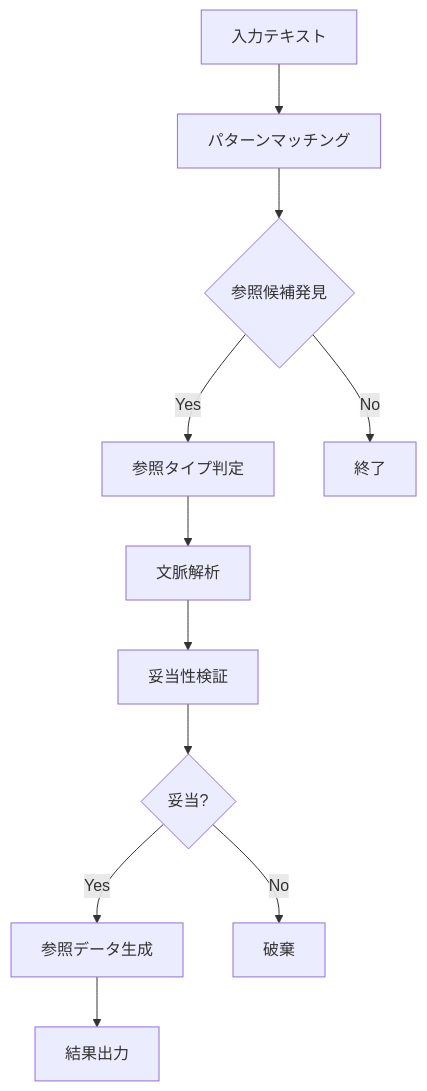
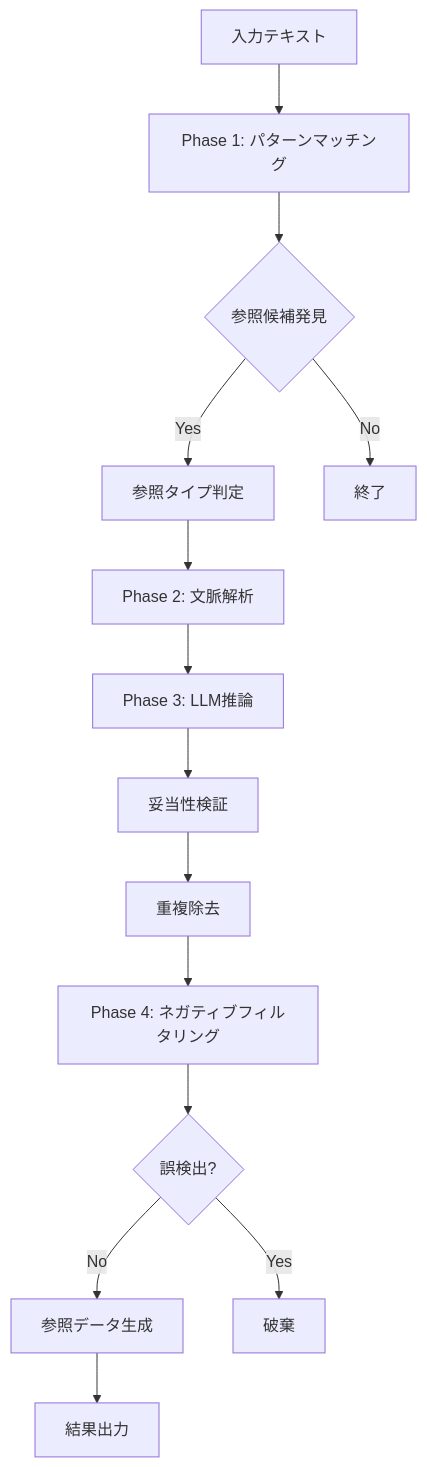
Before and after one commit to kouyaman345/LawFinder: the diagram in docs/05_参照検出仕様書.md, drawn with Mermaid. The commit also changed other lines of this file and 10 other files, not shown here.

````diff
--- a/docs/05_参照検出仕様書.md
+++ b/docs/05_参照検出仕様書.md
@@ -159,13 +165,16 @@
 ```mermaid
 graph TD
-    A[入力テキスト] --> B[パターンマッチング]
+    A[入力テキスト] --> B[Phase 1: パターンマッチング]
     B --> C{参照候補発見}
     C -->|Yes| D[参照タイプ判定]
     C -->|No| E[終了]
-    D --> F[文脈解析]
-    F --> G[妥当性検証]
-    G --> H{妥当?}
-    H -->|Yes| I[参照データ生成]
-    H -->|No| J[破棄]
-    I --> K[結果出力]
+    D --> F[Phase 2: 文脈解析]
+    F --> G[Phase 3: LLM推論]
+    G --> H[妥当性検証]
+    H --> I[重複除去]
+    I --> J[Phase 4: ネガティブフィルタリング]
+    J --> K{誤検出?}
+    K -->|No| L[参照データ生成]
+    K -->|Yes| M[破棄]
+    L --> N[結果出力]
 ```
````
